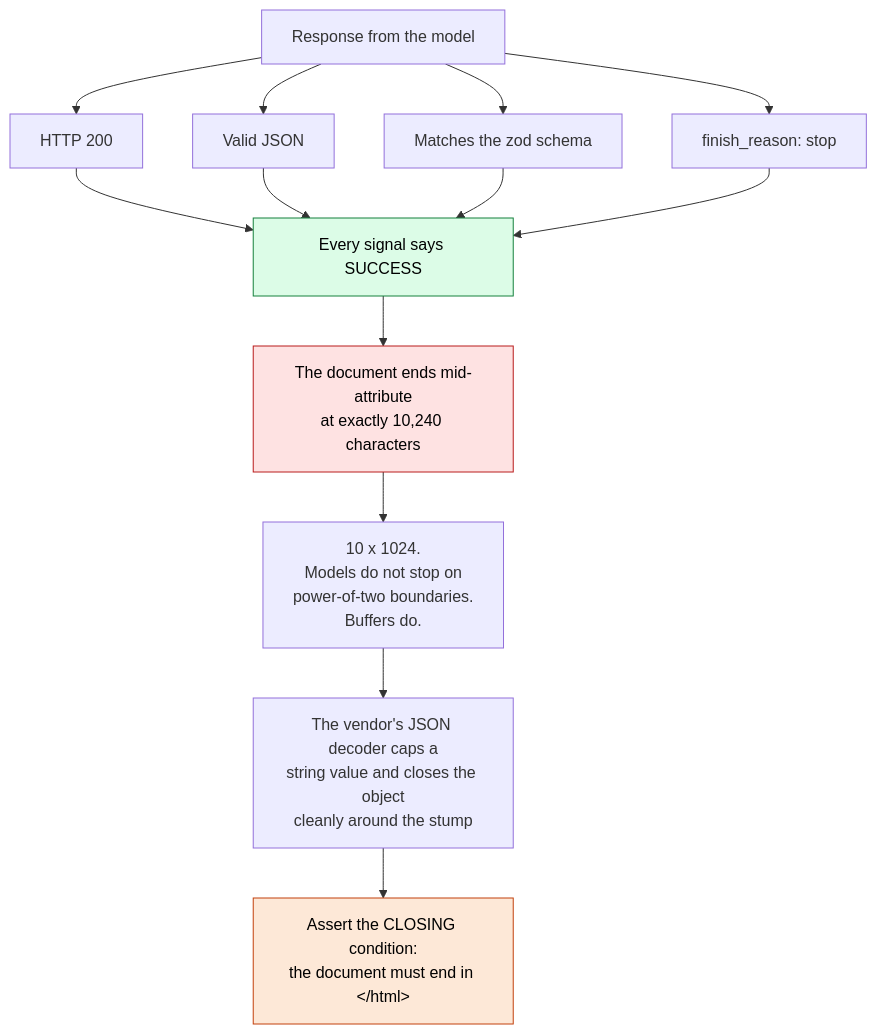
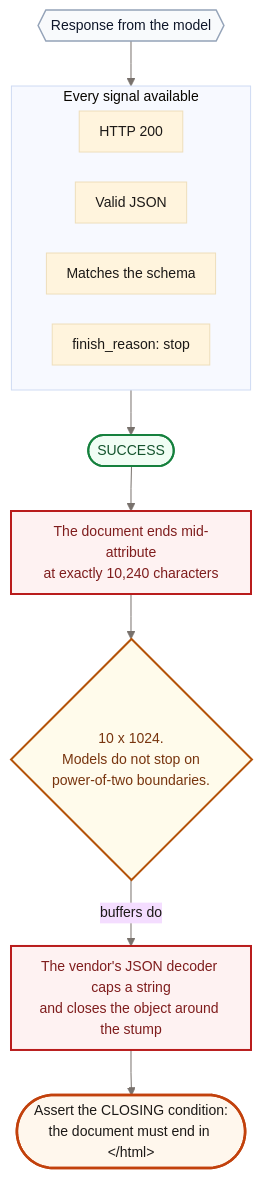
One commit to Rounak7721/ReForge changed the fourth of 5 diagrams in internal/notes/video-diagrams.md. Above: the diagram before and after it, drawn with Mermaid. The commit also changed other lines of this file and 5 other files, not shown here.

````diff
--- a/internal/notes/video-diagrams.md
+++ b/internal/notes/video-diagrams.md
@@ -129,17 +171,31 @@
 ```mermaid
+%%{init: {'theme':'base','themeVariables':{'fontFamily':'ui-sans-serif, system-ui, sans-serif','fontSize':'14px','lineColor':'#78716c','primaryTextColor':'#1c1917'},'flowchart':{'curve':'linear','nodeSpacing':30,'rankSpacing':45,'padding':10}}}%%
 flowchart TB
-    R["Response from the model"]
-    R --> S1["HTTP 200"]
-    R --> S2["Valid JSON"]
-    R --> S3["Matches the zod schema"]
-    R --> S4["finish_reason: stop"]
-    S1 & S2 & S3 & S4 --> OK["Every signal says SUCCESS"]
+    R{{"Response from the model"}}
+
+    subgraph SIG["Every signal available"]
+        direction LR
+        S1["HTTP 200"]
+        S2["Valid JSON"]
+        S3["Matches the schema"]
+        S4["finish_reason: stop"]
+    end
+
+    R --> SIG
+    SIG --> OK(["SUCCESS"])
     OK --> BAD["The document ends mid-attribute<br/>at exactly 10,240 characters"]
-    BAD --> WHY["10 x 1024.<br/>Models do not stop on<br/>power-of-two boundaries.<br/>Buffers do."]
-    WHY --> CAUSE["The vendor's JSON decoder caps a<br/>string value and closes the object<br/>cleanly around the stump"]
-    CAUSE --> FIX["Assert the CLOSING condition:<br/>the document must end in &lt;/html&gt;"]
+    BAD --> WHY{"10 x 1024.<br/>Models do not stop on<br/>power-of-two boundaries."}
+    WHY -->|"buffers do"| CAUSE["The vendor's JSON decoder caps a string<br/>and closes the object around the stump"]
+    CAUSE --> FIX(["Assert the CLOSING condition:<br/>the document must end in &lt;/html&gt;"])
 
-    style OK fill:#dcfce7,stroke:#15803d,color:#000
-    style BAD fill:#fee2e2,stroke:#b91c1c,color:#000
-    style FIX fill:#fde8d7,stroke:#c2410c,color:#000
+    classDef good fill:#f0fdf4,stroke:#15803d,stroke-width:2px,color:#14532d
+    classDef bad fill:#fef2f2,stroke:#b91c1c,stroke-width:2px,color:#7f1d1d
+    classDef gate fill:#fffbeb,stroke:#b45309,stroke-width:2px,color:#78350f
+    classDef core fill:#fff7ed,stroke:#c2410c,stroke-width:2.5px,color:#1c1917
+    classDef ext fill:#f8fafc,stroke:#94a3b8,stroke-width:1.5px,color:#0f172a
+    class OK good
+    class BAD,CAUSE bad
+    class WHY gate
+    class FIX core
+    class R ext
 ```
````
